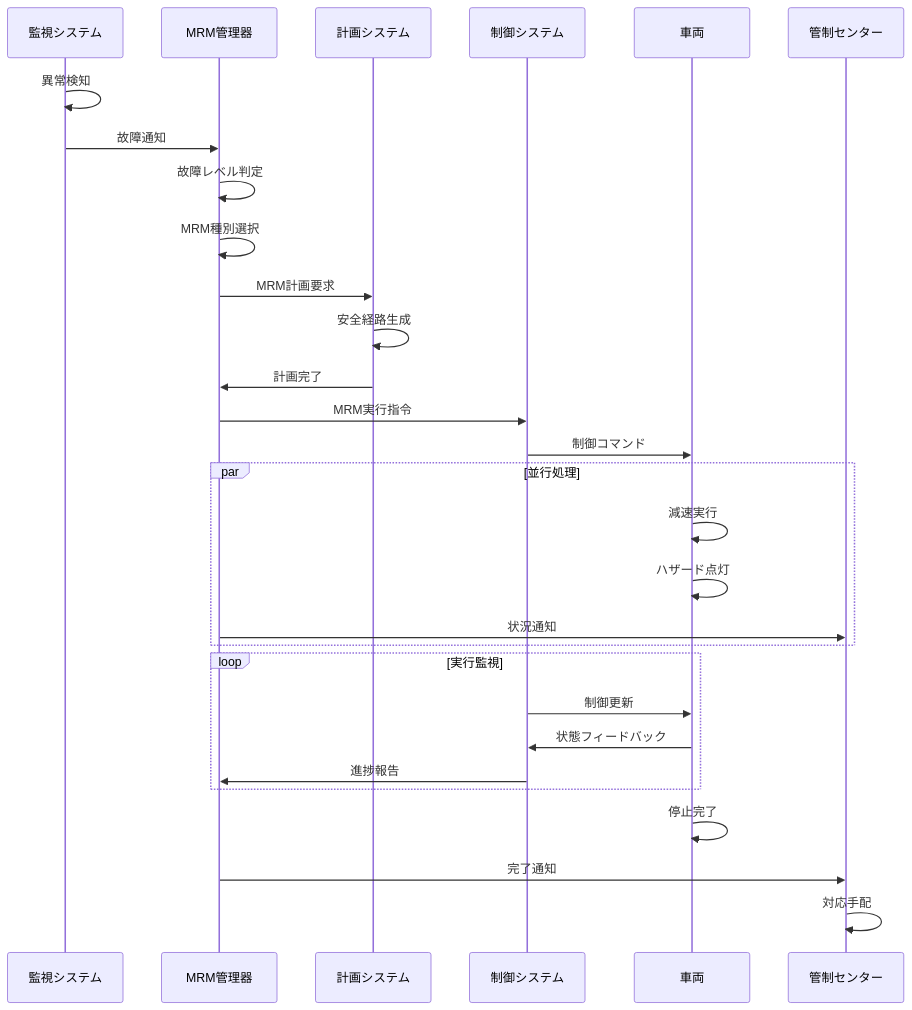
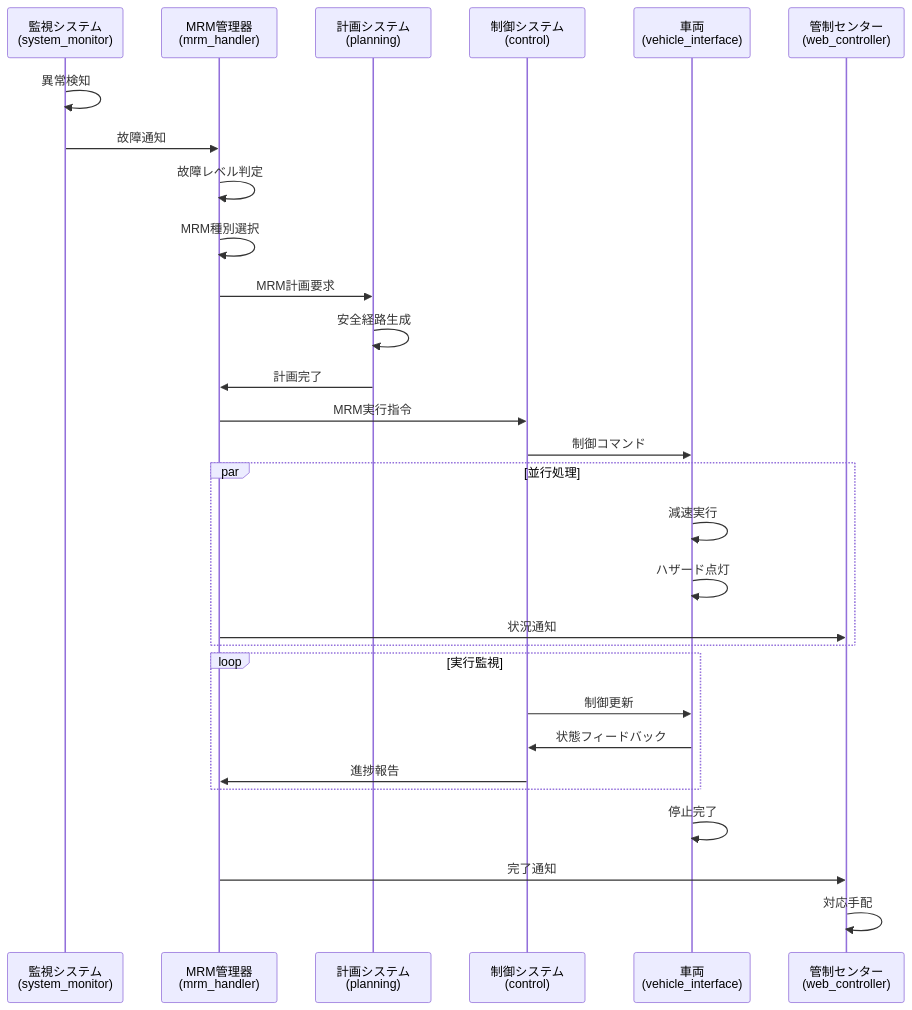
The ninth of 16 diagrams in autoware_mrm_detailed_documentation.md (youtalk/autoware), drawn with Mermaid before and after one commit. The commit also changed other lines of this file and 1 other file, not shown here.

````diff
--- a/autoware_mrm_detailed_documentation.md
+++ b/autoware_mrm_detailed_documentation.md
@@ -335,37 +335,37 @@
 ```mermaid
 sequenceDiagram
-    participant MON as 監視システム
-    participant MRM as MRM管理器
-    participant PLAN as 計画システム
-    participant CTRL as 制御システム
-    participant VEH as 車両
-    participant CENTER as 管制センター
+    participant MON as 監視システム<br/>(system_monitor)
+    participant MRM as MRM管理器<br/>(mrm_handler)
+    participant PLAN as 計画システム<br/>(planning)
+    participant CTRL as 制御システム<br/>(control)
+    participant VEH as 車両<br/>(vehicle_interface)
+    participant CENTER as 管制センター<br/>(web_controller)
     
     MON->>MON: 異常検知
     MON->>MRM: 故障通知
     MRM->>MRM: 故障レベル判定
     MRM->>MRM: MRM種別選択
     
     MRM->>PLAN: MRM計画要求
     PLAN->>PLAN: 安全経路生成
     PLAN->>MRM: 計画完了
     
     MRM->>CTRL: MRM実行指令
     CTRL->>VEH: 制御コマンド
     
     par 並行処理
         VEH->>VEH: 減速実行
         VEH->>VEH: ハザード点灯
         MRM->>CENTER: 状況通知
     end
     
     loop 実行監視
         CTRL->>VEH: 制御更新
         VEH->>CTRL: 状態フィードバック
         CTRL->>MRM: 進捗報告
     end
     
     VEH->>VEH: 停止完了
     MRM->>CENTER: 完了通知
     CENTER->>CENTER: 対応手配
 ```
````
